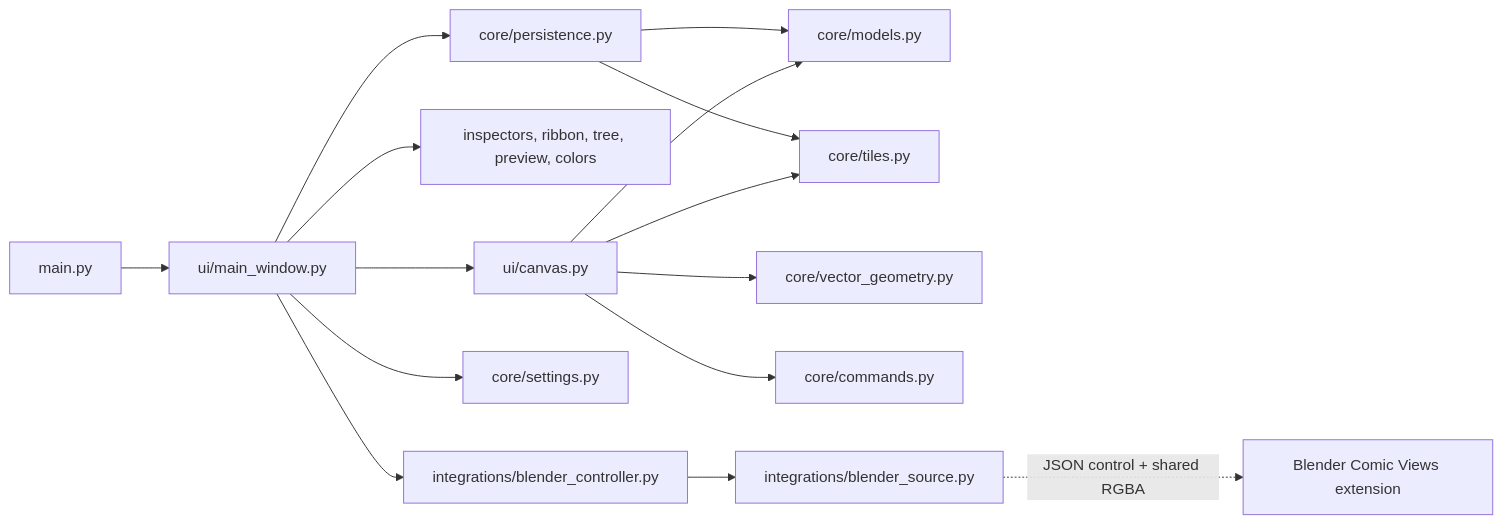
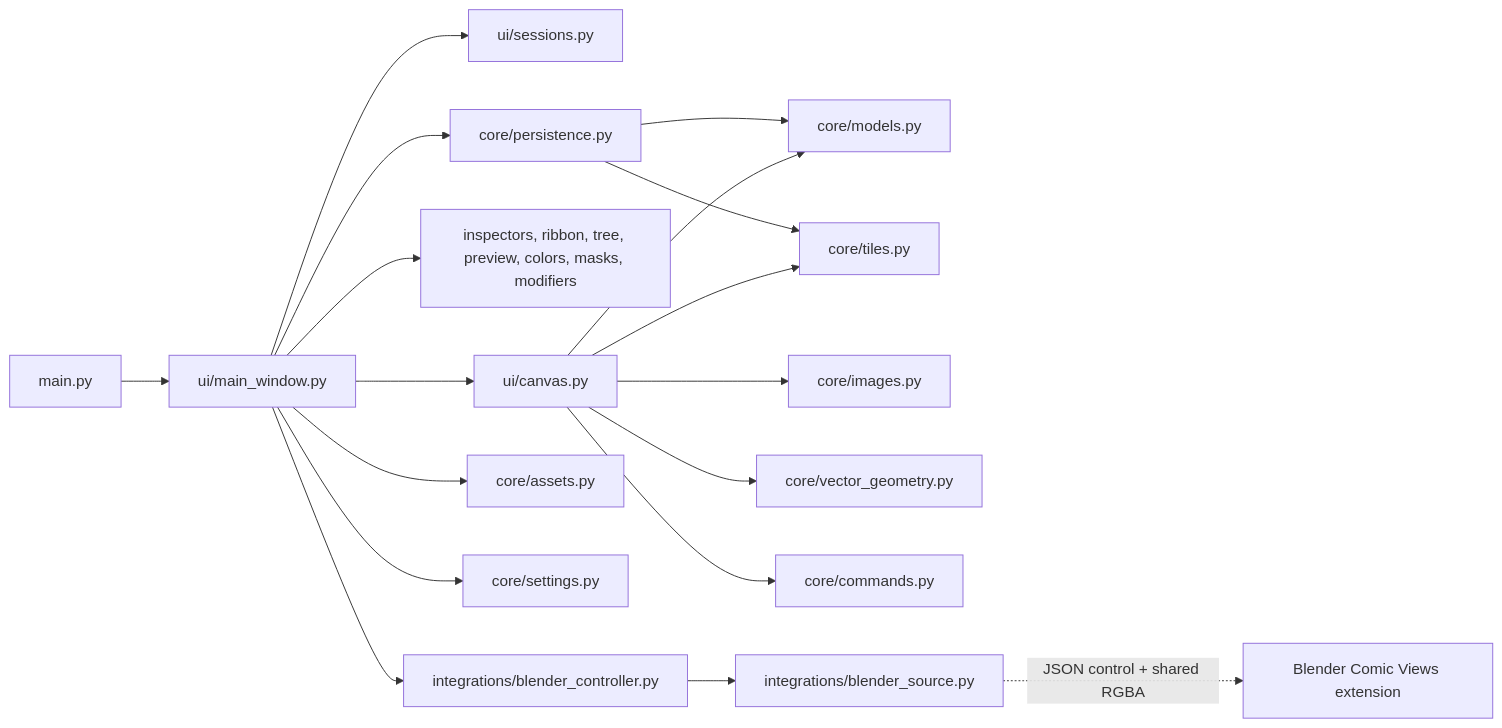
Before and after one commit to dsat4200/webtoon-maker: the diagram in docs/llm/04-codebase-structure-and-scripts.md, drawn with Mermaid. The commit also changed other lines of this file and 45 other files, not shown here.

````diff
--- a/docs/llm/04-codebase-structure-and-scripts.md
+++ b/docs/llm/04-codebase-structure-and-scripts.md
@@ -56,17 +82,20 @@
 ```mermaid
 flowchart LR
     E["main.py"] --> W["ui/main_window.py"]
+    W --> S["ui/sessions.py"]
     W --> C["ui/canvas.py"]
-    W --> UI["inspectors, ribbon, tree, preview, colors"]
+    W --> UI["inspectors, ribbon, tree, preview, colors, masks, modifiers"]
     C --> M["core/models.py"]
     C --> T["core/tiles.py"]
+    C --> I["core/images.py"]
     C --> V["core/vector_geometry.py"]
     C --> U["core/commands.py"]
     W --> P["core/persistence.py"]
     P --> M
     P --> T
-    W --> S["core/settings.py"]
+    W --> A["core/assets.py"]
+    W --> ST["core/settings.py"]
     W --> BI["integrations/blender_controller.py"]
     BI --> BS["integrations/blender_source.py"]
     BS -. "JSON control + shared RGBA" .-> BE["Blender Comic Views extension"]
 ```
````
